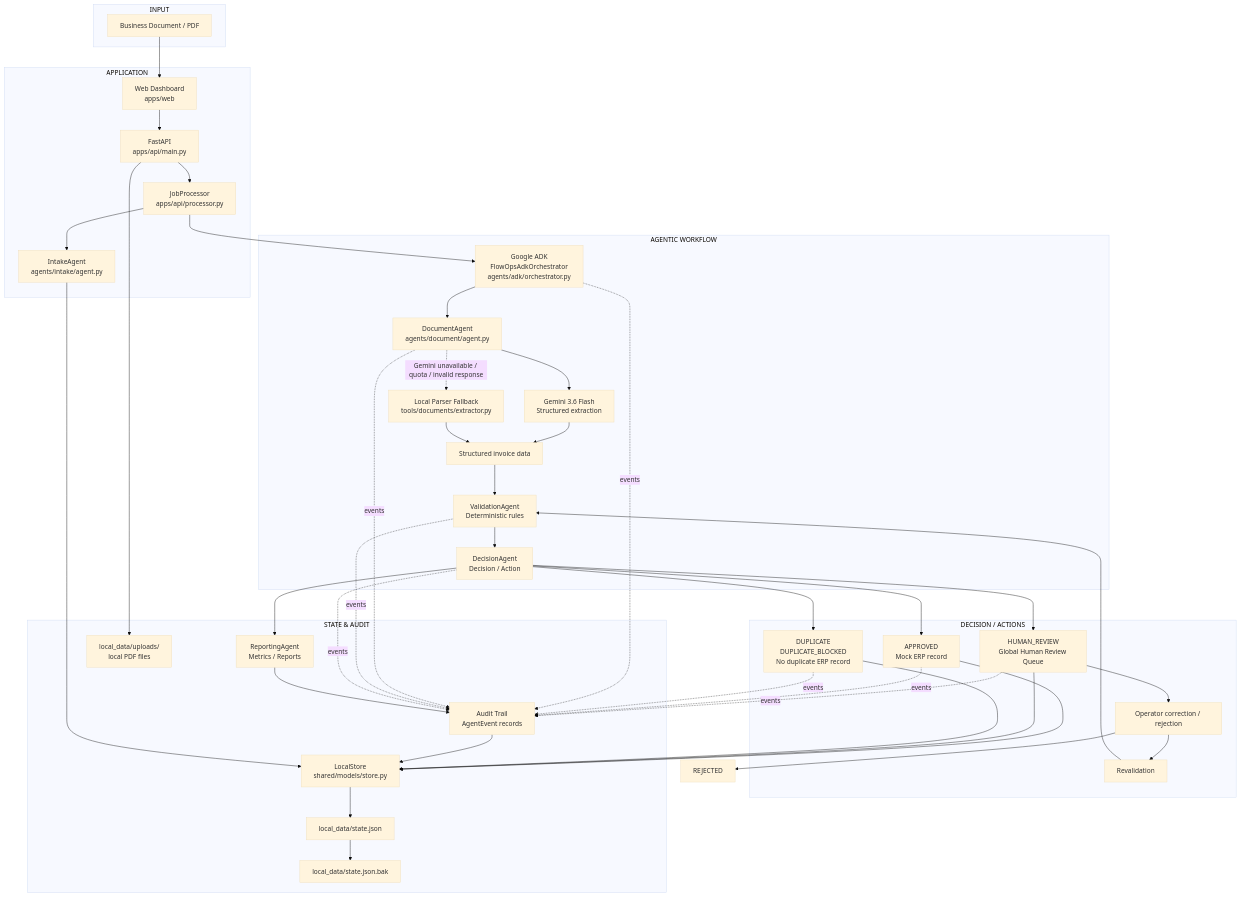
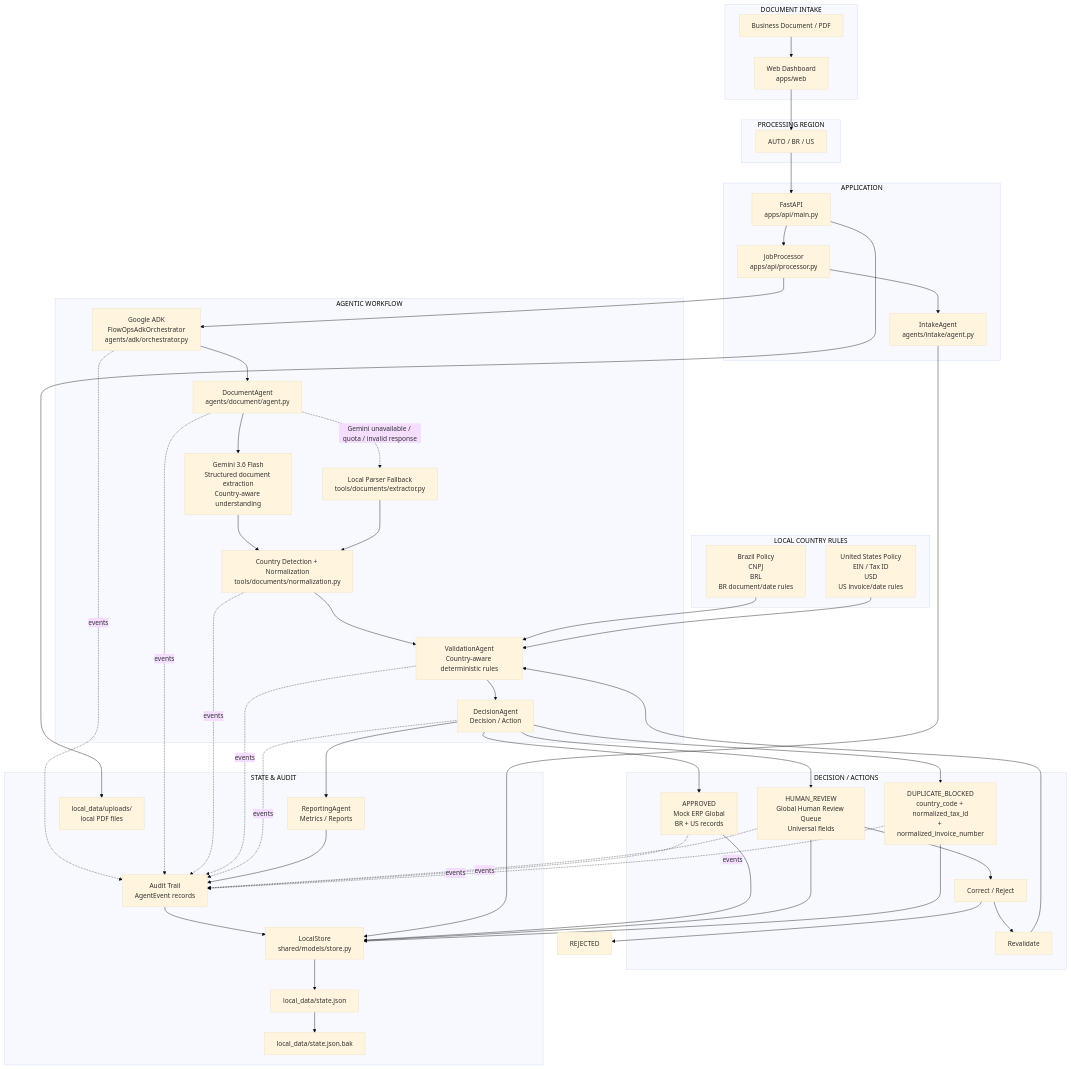
The diagram in docs/architecture.mmd (kakaroto2025/flowops-ai), drawn with Mermaid (base theme) before and after one commit. The commit also changed 3 other files, not shown here.

Commit message:
Update multi-country architecture documentation

```diff
--- a/docs/architecture.mmd
+++ b/docs/architecture.mmd
@@ -1,78 +1,91 @@
 flowchart TD
-    subgraph Input["INPUT"]
+    subgraph Input["DOCUMENT INTAKE"]
         PDF["Business Document / PDF"]
+        Web["Web Dashboard<br/>apps/web"]
+    end
+
+    subgraph Region["PROCESSING REGION"]
+        Mode["AUTO / BR / US"]
     end
 
     subgraph Application["APPLICATION"]
-        Web["Web Dashboard<br/>apps/web"]
         API["FastAPI<br/>apps/api/main.py"]
         Processor["JobProcessor<br/>apps/api/processor.py"]
         Intake["IntakeAgent<br/>agents/intake/agent.py"]
     end
 
     subgraph Agentic["AGENTIC WORKFLOW"]
         ADK["Google ADK<br/>FlowOpsAdkOrchestrator<br/>agents/adk/orchestrator.py"]
         Document["DocumentAgent<br/>agents/document/agent.py"]
-        Gemini["Gemini 3.6 Flash<br/>Structured extraction"]
+        Gemini["Gemini 3.6 Flash<br/>Structured document extraction<br/>Country-aware understanding"]
         Fallback["Local Parser Fallback<br/>tools/documents/extractor.py"]
-        Structured["Structured invoice data"]
-        Validation["ValidationAgent<br/>Deterministic rules"]
+        Normalize["Country Detection + Normalization<br/>tools/documents/normalization.py"]
+        Validation["ValidationAgent<br/>Country-aware deterministic rules"]
         Decision["DecisionAgent<br/>Decision / Action"]
     end
 
+    subgraph Policies["LOCAL COUNTRY RULES"]
+        BR["Brazil Policy<br/>CNPJ<br/>BRL<br/>BR document/date rules"]
+        US["United States Policy<br/>EIN / Tax ID<br/>USD<br/>US invoice/date rules"]
+    end
+
     subgraph Actions["DECISION / ACTIONS"]
-        ERP["APPROVED<br/>Mock ERP record"]
-        Review["HUMAN_REVIEW<br/>Global Human Review Queue"]
-        Operator["Operator correction / rejection"]
-        Revalidate["Revalidation"]
-        Duplicate["DUPLICATE<br/>DUPLICATE_BLOCKED<br/>No duplicate ERP record"]
+        ERP["APPROVED<br/>Mock ERP Global<br/>BR + US records"]
+        Review["HUMAN_REVIEW<br/>Global Human Review Queue<br/>Universal fields"]
+        Operator["Correct / Reject"]
+        Revalidate["Revalidate"]
+        Duplicate["DUPLICATE_BLOCKED<br/>country_code + normalized_tax_id<br/>+ normalized_invoice_number"]
     end
 
     subgraph StateAudit["STATE & AUDIT"]
         Reporting["ReportingAgent<br/>Metrics / Reports"]
         Audit["Audit Trail<br/>AgentEvent records"]
         Store["LocalStore<br/>shared/models/store.py"]
         State["local_data/state.json"]
         Backup["local_data/state.json.bak"]
         Uploads["local_data/uploads/<br/>local PDF files"]
     end
 
     PDF --> Web
-    Web --> API
+    Web --> Mode
+    Mode --> API
     API --> Processor
     Processor --> Intake
     Processor --> ADK
     ADK --> Document
     Document --> Gemini
-    Gemini --> Structured
+    Gemini --> Normalize
     Document -. "Gemini unavailable / quota / invalid response" .-> Fallback
-    Fallback --> Structured
-    Structured --> Validation
+    Fallback --> Normalize
+    Normalize --> Validation
+    BR --> Validation
+    US --> Validation
     Validation --> Decision
 
     Decision --> ERP
     Decision --> Review
     Review --> Operator
     Operator --> Revalidate
     Revalidate --> Validation
     Operator --> Reject["REJECTED"]
     Decision --> Duplicate
 
     ADK -. events .-> Audit
     Document -. events .-> Audit
+    Normalize -. events .-> Audit
     Validation -. events .-> Audit
     Decision -. events .-> Audit
     Review -. events .-> Audit
     ERP -. events .-> Audit
     Duplicate -. events .-> Audit
 
     Decision --> Reporting
     Reporting --> Audit
     Audit --> Store
     ERP --> Store
     Review --> Store
     Duplicate --> Store
     Intake --> Store
     Store --> State
     State --> Backup
     API --> Uploads
```
